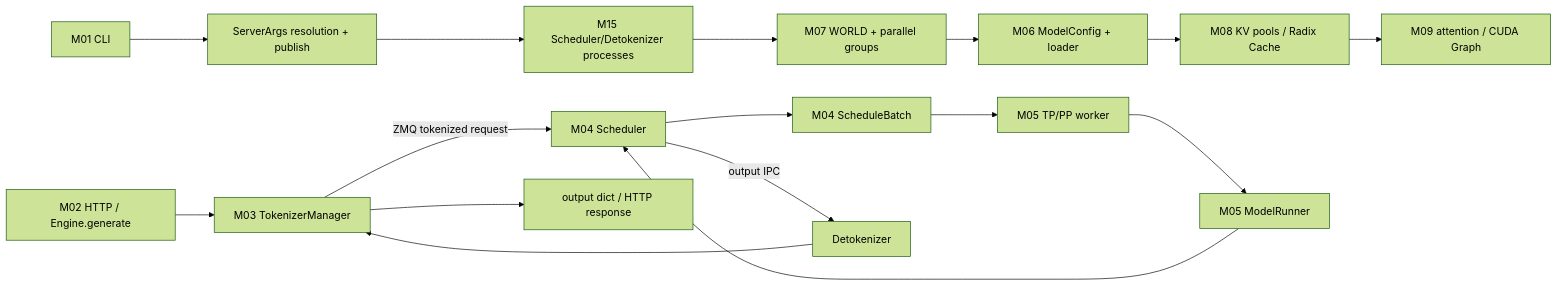
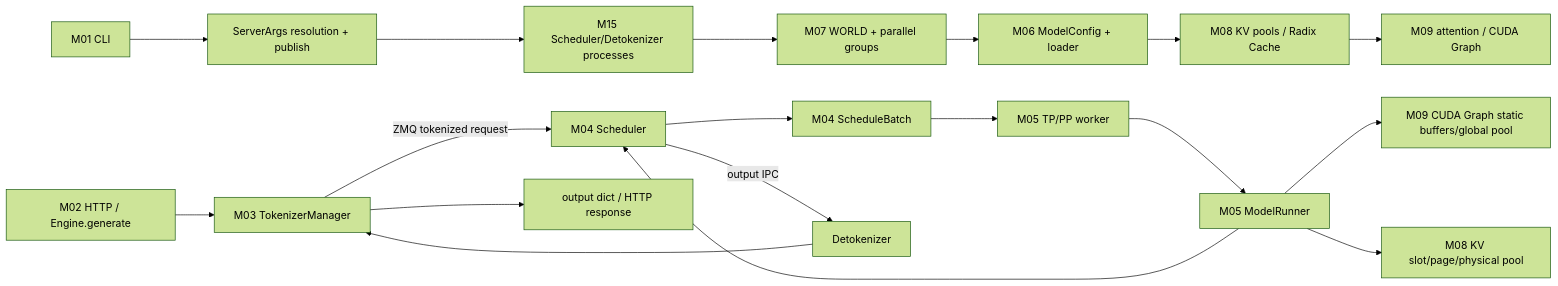
The diagram in sglang/90-cross-module/system-wiring.md (visionarywind/Projects), drawn with Mermaid (forest theme) before and after one commit. The commit also changed other lines of this file and 298 other files, not shown here.

````diff
--- a/sglang/90-cross-module/system-wiring.md
+++ b/sglang/90-cross-module/system-wiring.md
@@ -17,18 +17,20 @@
 ```mermaid
 flowchart LR
     CLI[M01 CLI] --> CFG[ServerArgs resolution + publish]
     CFG --> PROC[M15 Scheduler/Detokenizer processes]
     PROC --> DIST[M07 WORLD + parallel groups]
     DIST --> LOAD[M06 ModelConfig + loader]
     LOAD --> MEM[M08 KV pools / Radix Cache]
     MEM --> BACKEND[M09 attention / CUDA Graph]
     API[M02 HTTP / Engine.generate] --> M03[M03 TokenizerManager]
     M03 -->|ZMQ tokenized request| S[M04 Scheduler]
     S --> B[M04 ScheduleBatch]
     B --> W[M05 TP/PP worker]
     W --> R[M05 ModelRunner]
+    R --> GP[M09 CUDA Graph static buffers/global pool]
+    R --> KP[M08 KV slot/page/physical pool]
     R --> S
     S -->|output IPC| DET[Detokenizer]
     DET --> M03
     M03 --> OUT[output dict / HTTP response]
 ```
````
